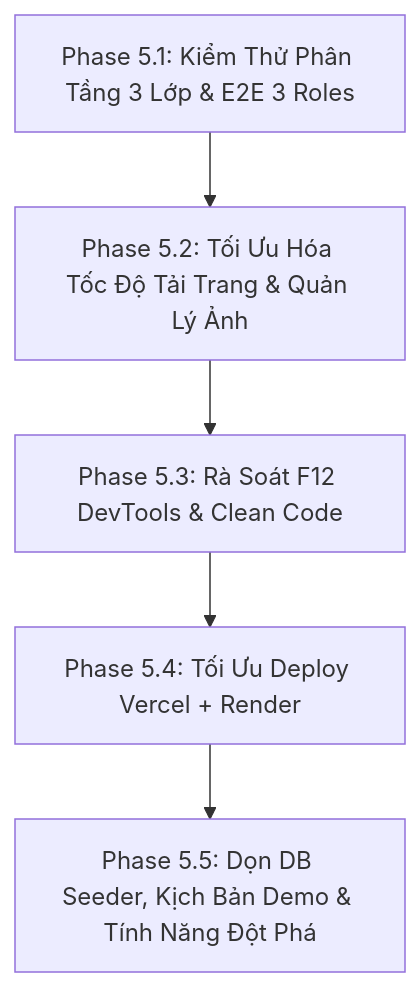
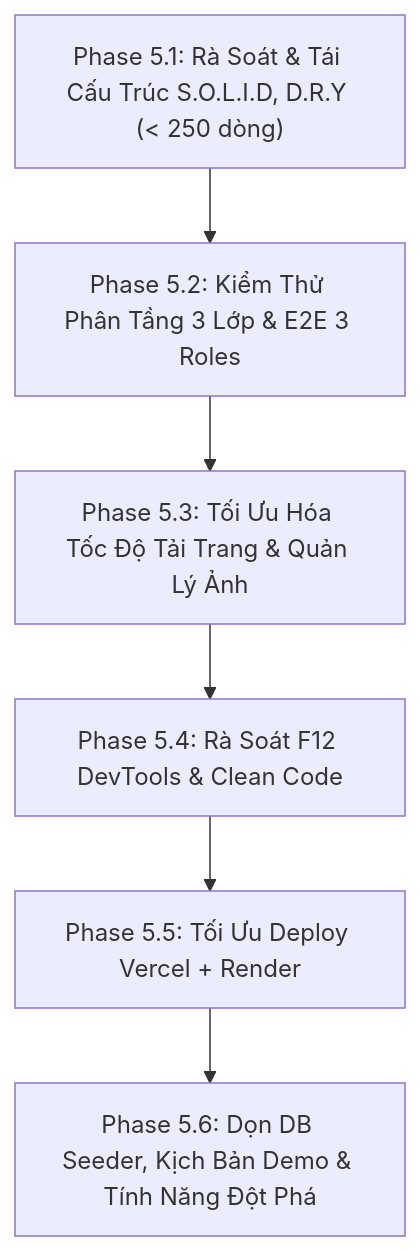
Before and after one commit to thanhdattt2006/techwiz-laravel-mvc: the diagram in ROADMAP/Day5_Testing_Polish.md, drawn with Mermaid. The commit also changed other lines of this file and 48 other files, not shown here.

````diff
--- a/ROADMAP/Day5_Testing_Polish.md
+++ b/ROADMAP/Day5_Testing_Polish.md
@@ -41,7 +42,8 @@
 ```mermaid
 graph TD
-    P51["Phase 5.1: Kiểm Thử Phân Tầng 3 Lớp & E2E 3 Roles"] --> P52["Phase 5.2: Tối Ưu Hóa Tốc Độ Tải Trang & Quản Lý Ảnh"]
-    P52 --> P53["Phase 5.3: Rà Soát F12 DevTools & Clean Code"]
-    P53 --> P54["Phase 5.4: Tối Ưu Deploy Vercel + Render"]
-    P54 --> P55["Phase 5.5: Dọn DB Seeder, Kịch Bản Demo & Tính Năng Đột Phá"]
+    P51["Phase 5.1: Rà Soát & Tái Cấu Trúc S.O.L.I.D, D.R.Y (< 250 dòng)"] --> P52["Phase 5.2: Kiểm Thử Phân Tầng 3 Lớp & E2E 3 Roles"]
+    P52 --> P53["Phase 5.3: Tối Ưu Hóa Tốc Độ Tải Trang & Quản Lý Ảnh"]
+    P53 --> P54["Phase 5.4: Rà Soát F12 DevTools & Clean Code"]
+    P54 --> P55["Phase 5.5: Tối Ưu Deploy Vercel + Render"]
+    P55 --> P56["Phase 5.6: Dọn DB Seeder, Kịch Bản Demo & Tính Năng Đột Phá"]
 ```
````
